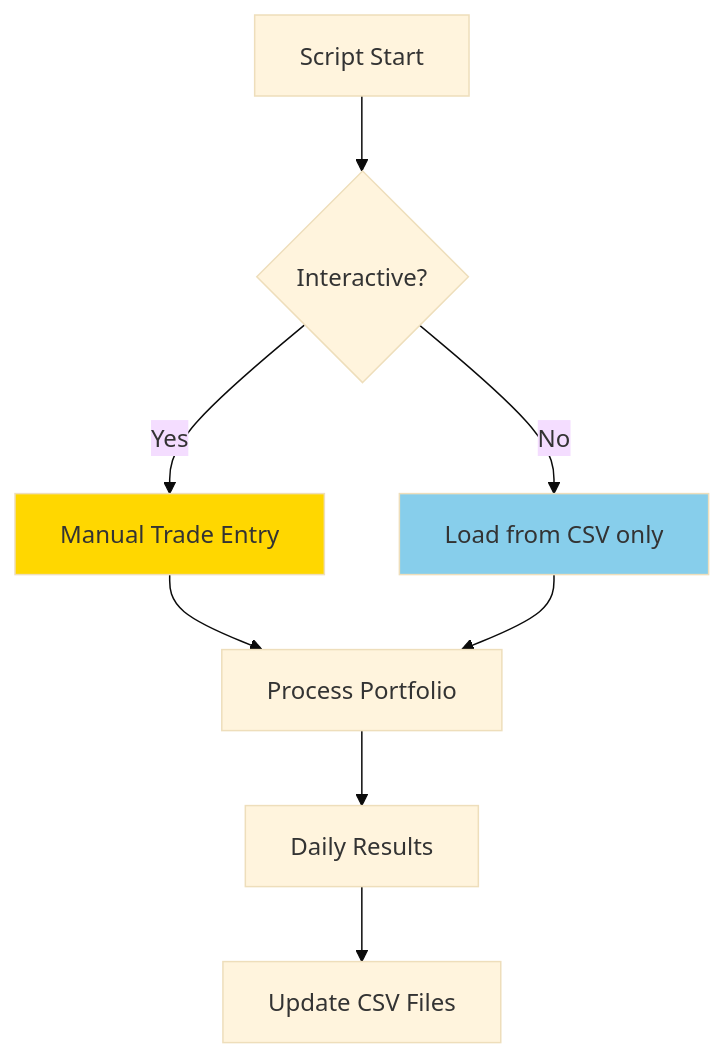
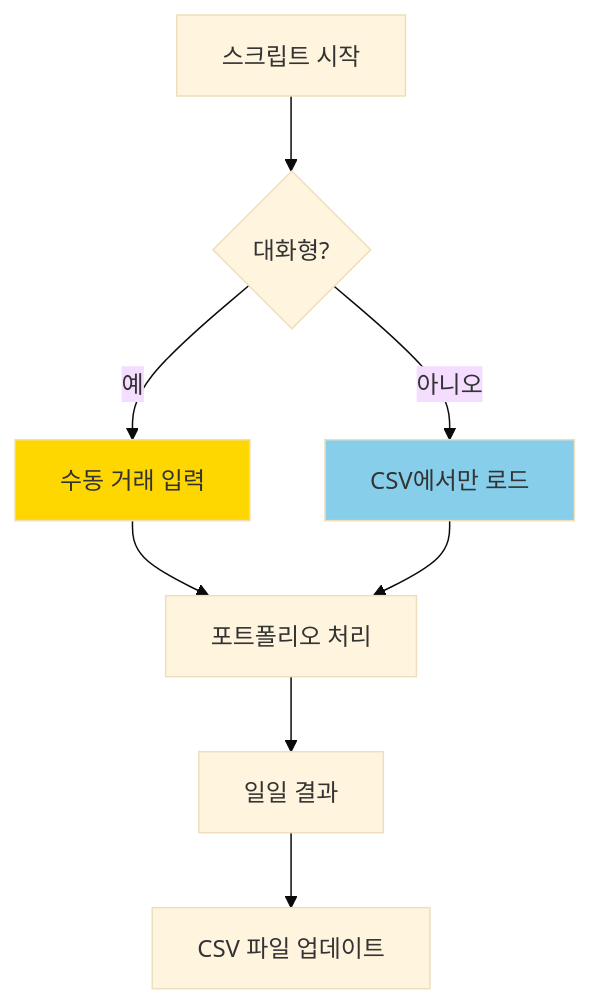
The third of 10 diagrams in report/ChatGPT-Micro-Cap-Experiment/report-claude-sonnet.md (gyuha/investment-open-source-analysis), drawn with Mermaid (base theme) before and after one commit. The commit also changed other lines of this file and 1 other file, not shown here.

Commit message:
Change graph orientation from TD to LR in report-claude-sonnet.md for improved readability of module dependencies

````diff
--- a/report/ChatGPT-Micro-Cap-Experiment/report-claude-sonnet.md
+++ b/report/ChatGPT-Micro-Cap-Experiment/report-claude-sonnet.md
@@ -270,15 +270,15 @@
 ```mermaid
 graph TD
-    START[Script Start] --> MODE{Interactive?}
-    MODE -->|Yes| MANUAL[Manual Trade Entry]
-    MODE -->|No| AUTO[Load from CSV only]
+    START[스크립트 시작] --> MODE{대화형?}
+    MODE -->|예| MANUAL[수동 거래 입력]
+    MODE -->|아니오| AUTO[CSV에서만 로드]
 
-    MANUAL --> PROCESS[Process Portfolio]
+    MANUAL --> PROCESS[포트폴리오 처리]
     AUTO --> PROCESS
 
-    PROCESS --> RESULTS[Daily Results]
-    RESULTS --> CSV[Update CSV Files]
+    PROCESS --> RESULTS[일일 결과]
+    RESULTS --> CSV[CSV 파일 업데이트]
 
     style MANUAL fill:#ffd700
     style AUTO fill:#87ceeb
 ```
````
